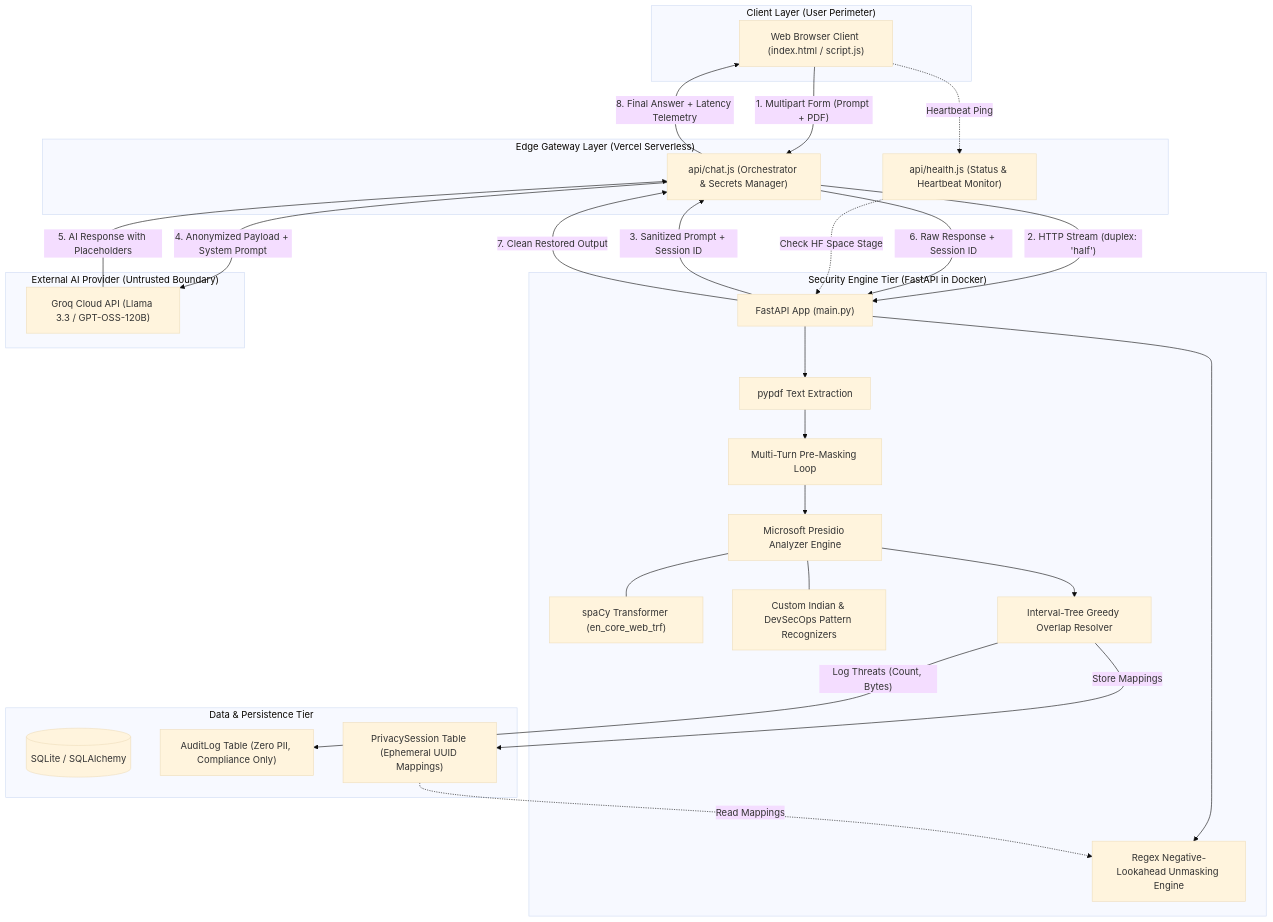
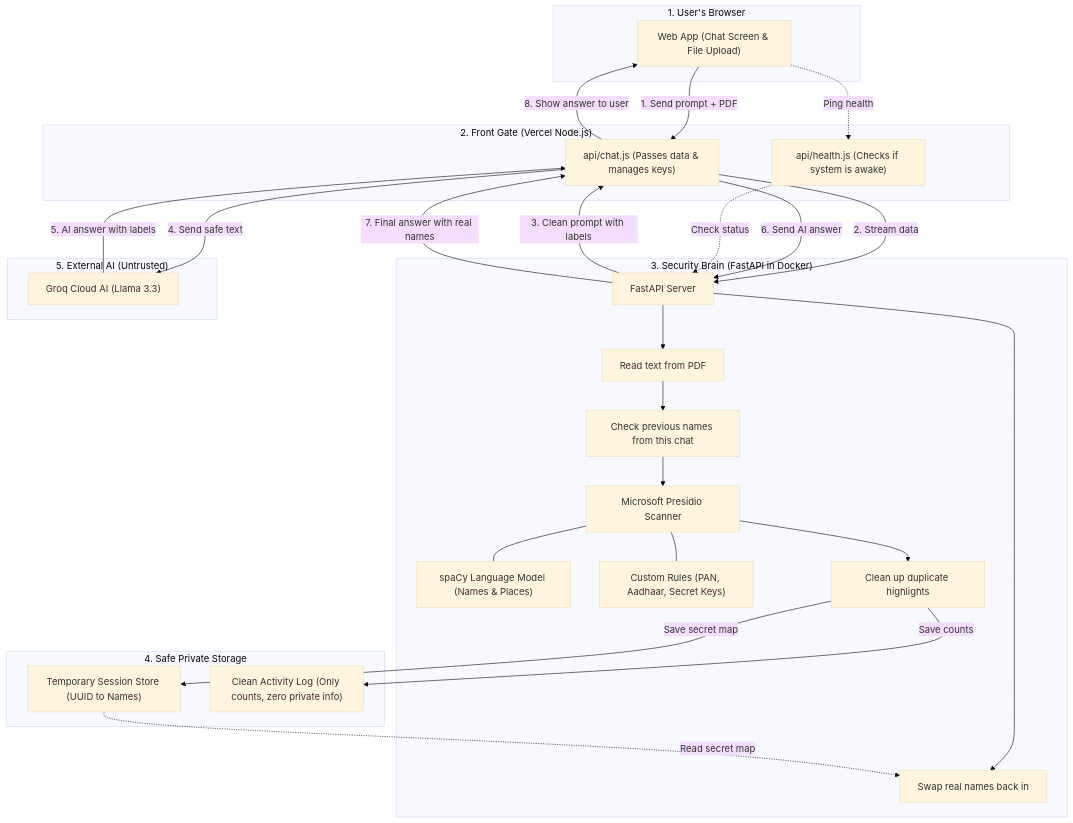
The first of 2 diagrams in PROJECT_EXPLANATION.md (Pritam16345/cloak-API), drawn with Mermaid (base theme) before and after one commit. The commit also changed other lines of this file, not shown here.

Commit message:
docs: simplify PROJECT_EXPLANATION.md with plain everyday language

````diff
--- a/PROJECT_EXPLANATION.md
+++ b/PROJECT_EXPLANATION.md
@@ -159,54 +160,53 @@
 ```mermaid
 flowchart TB
-    subgraph ClientLayer ["Client Layer (User Perimeter)"]
-        UI["Web Browser Client (index.html / script.js)"]
+    subgraph ClientLayer ["1. User's Browser"]
+        UI["Web App (Chat Screen & File Upload)"]
     end
 
-    subgraph EdgeGateway ["Edge Gateway Layer (Vercel Serverless)"]
-        ChatJS["api/chat.js (Orchestrator & Secrets Manager)"]
-        HealthJS["api/health.js (Status & Heartbeat Monitor)"]
+    subgraph EdgeGateway ["2. Front Gate (Vercel Node.js)"]
+        ChatJS["api/chat.js (Passes data & manages keys)"]
+        HealthJS["api/health.js (Checks if system is awake)"]
     end
 
-    subgraph SecurityCore ["Security Engine Tier (FastAPI in Docker)"]
-        FastAPI["FastAPI App (main.py)"]
-        PDFParser["pypdf Text Extraction"]
-        PreMask["Multi-Turn Pre-Masking Loop"]
-        PresidioEngine["Microsoft Presidio Analyzer Engine"]
-        SpacyTRF["spaCy Transformer (en_core_web_trf)"]
-        CustomRegex["Custom Indian & DevSecOps Pattern Recognizers"]
-        OverlapResolver["Interval-Tree Greedy Overlap Resolver"]
-        Deanonymizer["Regex Negative-Lookahead Unmasking Engine"]
+    subgraph SecurityCore ["3. Security Brain (FastAPI in Docker)"]
+        FastAPI["FastAPI Server"]
+        PDFParser["Read text from PDF"]
+        PreMask["Check previous names from this chat"]
+        PresidioEngine["Microsoft Presidio Scanner"]
+        SpacyTRF["spaCy Language Model (Names & Places)"]
+        CustomRegex["Custom Rules (PAN, Aadhaar, Secret Keys)"]
+        OverlapResolver["Clean up duplicate highlights"]
+        Deanonymizer["Swap real names back in"]
     end
 
-    subgraph DataTier ["Data & Persistence Tier"]
-        DB[(SQLite / SQLAlchemy)]
-        AuditTable["AuditLog Table (Zero PII, Compliance Only)"]
-        SessionTable["PrivacySession Table (Ephemeral UUID Mappings)"]
+    subgraph DataTier ["4. Safe Private Storage"]
+        SessionTable["Temporary Session Store (UUID to Names)"]
+        AuditTable["Clean Activity Log (Only counts, zero private info)"]
     end
 
-    subgraph ExternalCloud ["External AI Provider (Untrusted Boundary)"]
-        Groq["Groq Cloud API (Llama 3.3 / GPT-OSS-120B)"]
+    subgraph ExternalCloud ["5. External AI (Untrusted)"]
+        Groq["Groq Cloud AI (Llama 3.3)"]
     end
 
-    %% Flow connections
-    UI -->|"1. Multipart Form (Prompt + PDF)"| ChatJS
-    ChatJS -->|"2. HTTP Stream (duplex: 'half')"| FastAPI
+    %% Flow of data
+    UI -->|"1. Send prompt + PDF"| ChatJS
+    ChatJS -->|"2. Stream data"| FastAPI
     FastAPI --> PDFParser
     PDFParser --> PreMask
     PreMask --> PresidioEngine
     PresidioEngine --- SpacyTRF
     PresidioEngine --- CustomRegex
     PresidioEngine --> OverlapResolver
-    OverlapResolver -->|"Store Mappings"| SessionTable
-    OverlapResolver -->|"Log Threats (Count, Bytes)"| AuditTable
-    FastAPI -->|"3. Sanitized Prompt + Session ID"| ChatJS
-    ChatJS -->|"4. Anonymized Payload + System Prompt"| Groq
-    Groq -->|"5. AI Response with Placeholders"| ChatJS
-    ChatJS -->|"6. Raw Response + Session ID"| FastAPI
+    OverlapResolver -->|"Save secret map"| SessionTable
+    OverlapResolver -->|"Save counts"| AuditTable
+    FastAPI -->|"3. Clean prompt with labels"| ChatJS
+    ChatJS -->|"4. Send safe text"| Groq
+    Groq -->|"5. AI answer with labels"| ChatJS
+    ChatJS -->|"6. Send AI answer"| FastAPI
     FastAPI --> Deanonymizer
-    SessionTable -.->|"Read Mappings"| Deanonymizer
-    FastAPI -->|"7. Clean Restored Output"| ChatJS
-    ChatJS -->|"8. Final Answer + Latency Telemetry"| UI
-    UI -.->|"Heartbeat Ping"| HealthJS
-    HealthJS -.->|"Check HF Space Stage"| FastAPI
+    SessionTable -.->|"Read secret map"| Deanonymizer
+    FastAPI -->|"7. Final answer with real names"| ChatJS
+    ChatJS -->|"8. Show answer to user"| UI
+    UI -.->|"Ping health"| HealthJS
+    HealthJS -.->|"Check status"| FastAPI
 ```
````
